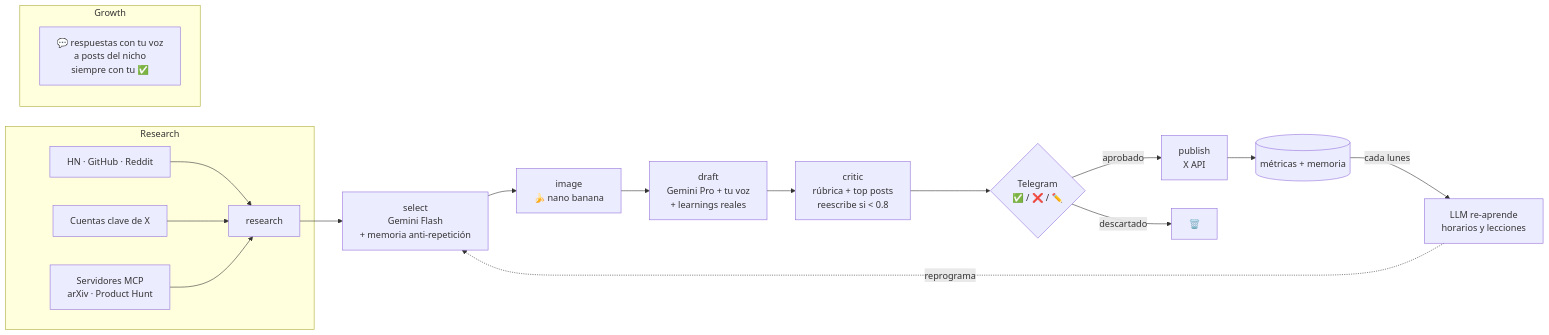
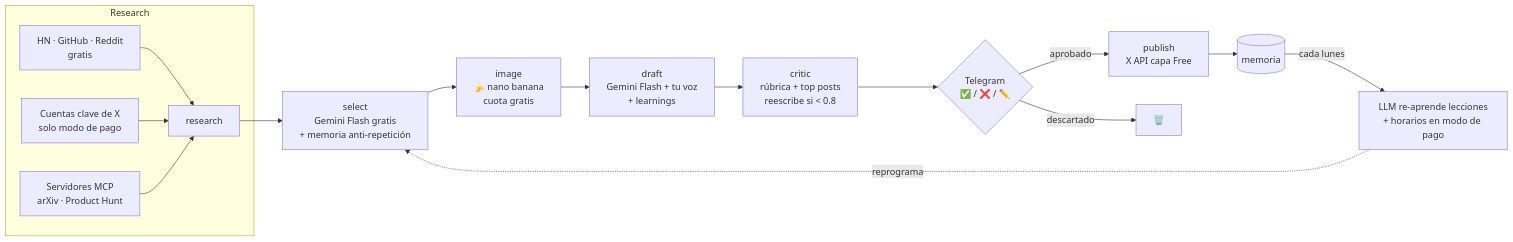
One commit to riquelmechile/zanaX changed the diagram in README.md. Above: the diagram before and after it, drawn with Mermaid. The commit also changed other lines of this file, not shown here.

Commit message:
README: FREE_MODE ~$0/mes + guía Termux (Android)

````diff
--- a/README.md
+++ b/README.md
@@ -19,22 +19,18 @@
 ```mermaid
 flowchart LR
     subgraph Research
-        A[HN · GitHub · Reddit] --> R
-        B[Cuentas clave de X] --> R
+        A[HN · GitHub · Reddit<br/>gratis] --> R
+        B[Cuentas clave de X<br/>solo modo de pago] --> R
         M2[Servidores MCP<br/>arXiv · Product Hunt] --> R
     end
-    R[research] --> S[select<br/>Gemini Flash<br/>+ memoria anti-repetición]
-    S --> I[image<br/>🍌 nano banana]
-    I --> D[draft<br/>Gemini Pro + tu voz<br/>+ learnings reales]
+    R[research] --> S[select<br/>Gemini Flash gratis<br/>+ memoria anti-repetición]
+    S --> I[image<br/>🍌 nano banana<br/>cuota gratis]
+    I --> D[draft<br/>Gemini Flash + tu voz<br/>+ learnings]
     D --> C[critic<br/>rúbrica + top posts<br/>reescribe si < 0.8]
     C --> T{Telegram<br/>✅ / ❌ / ✏️}
-    T -->|aprobado| P[publish<br/>X API]
+    T -->|aprobado| P[publish<br/>X API capa Free]
     T -->|descartado| X[🗑️]
-    P --> M[(métricas + memoria)]
-    M -->|cada lunes| LLM[LLM re-aprende<br/>horarios y lecciones]
+    P --> M[(memoria)]
+    M -->|cada lunes| LLM[LLM re-aprende lecciones<br/>+ horarios en modo de pago]
     LLM -.reprograma.-> S
-
-    subgraph Growth
-        G4[💬 respuestas con tu voz<br/>a posts del nicho<br/>siempre con tu ✅]
-    end
 ```
````
